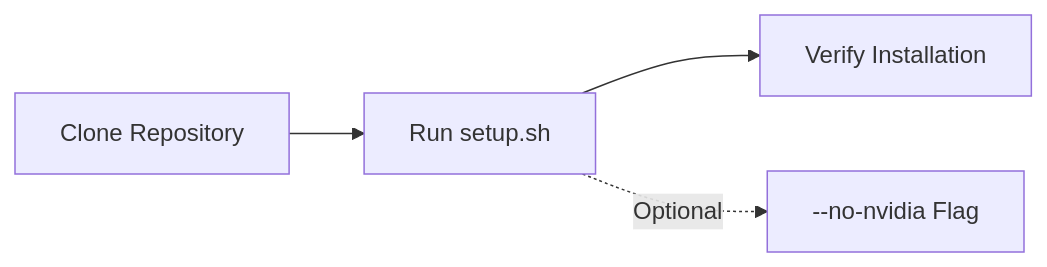
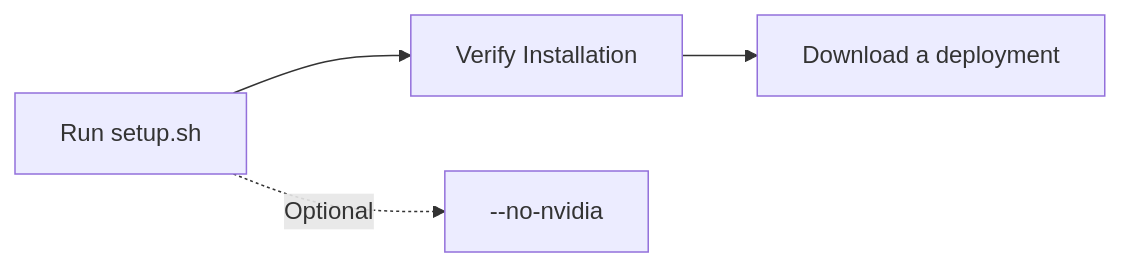
One commit to oguzkaganozt/openadkit changed the diagram in docs/getting-started/index.md. Above: the diagram before and after it, drawn with Mermaid. The commit also changed other lines of this file and 18 other files, not shown here.

First line of the commit message:
feat(deployments): clone-free deployment via release bundles + host-mounted data

````diff
--- a/docs/getting-started/index.md
+++ b/docs/getting-started/index.md
@@ -72,6 +63,5 @@
 ```mermaid
 flowchart LR
-    A[Clone Repository] --> B[Run setup.sh]
-    B --> C[Verify Installation]
-    B -.->|Optional| D[--no-nvidia Flag]
+    A[Run setup.sh] --> B[Verify Installation] --> C[Download a deployment]
+    A -.->|Optional| D[--no-nvidia]
 ```
````
